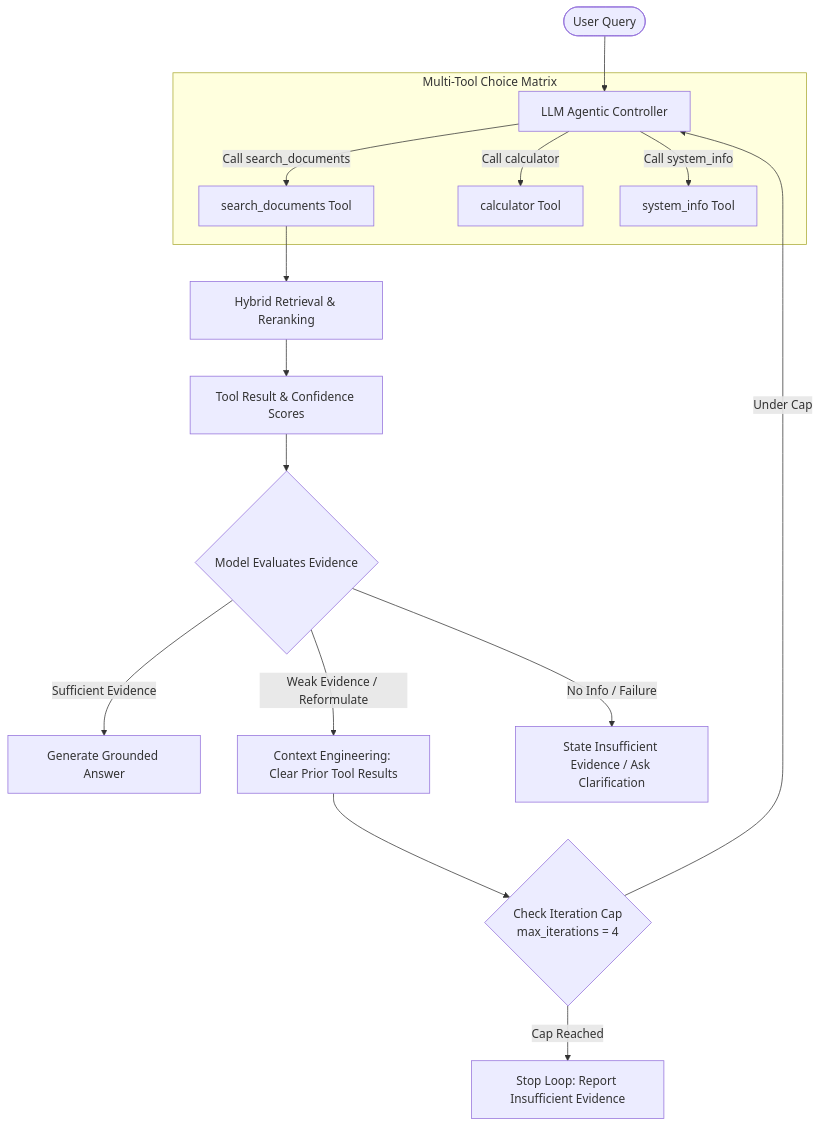
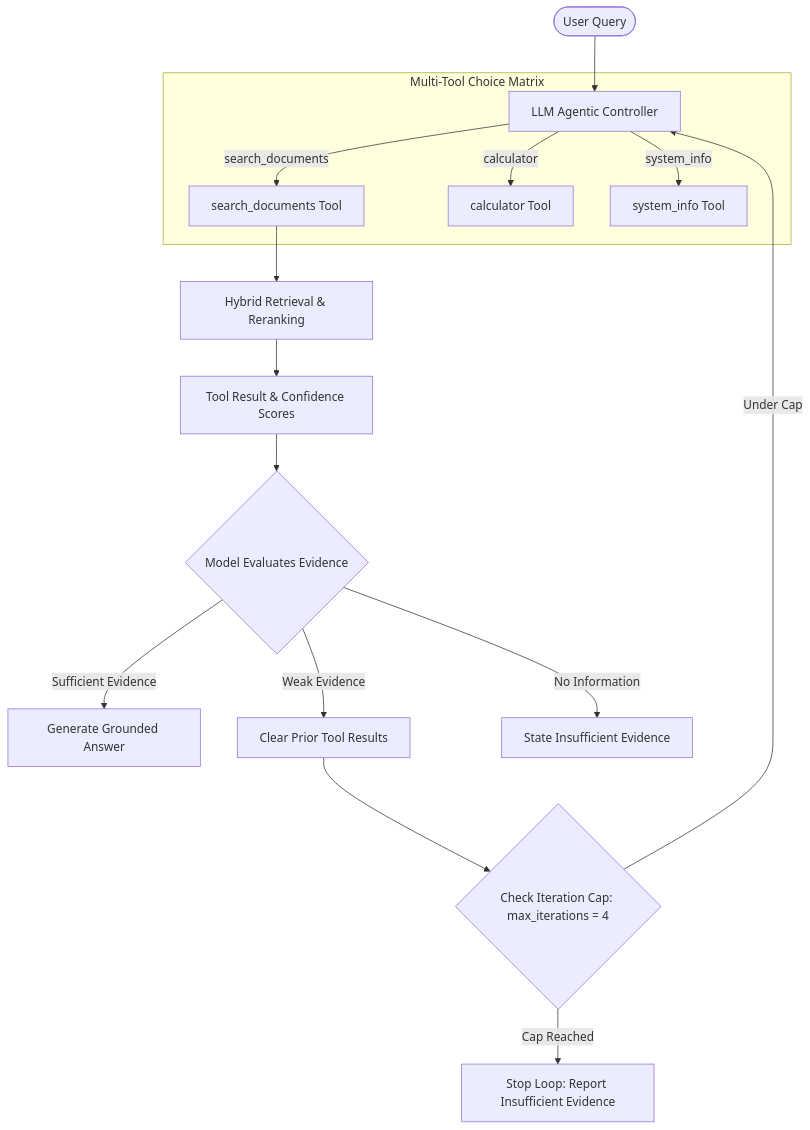
One commit to ArunGuptaGIt/W17-Assignment changed the diagram in Track_B/README.md. Above: the diagram before and after it, drawn with Mermaid. The commit also changed other lines of this file and 2 other files, not shown here.

````diff
--- a/Track_B/README.md
+++ b/Track_B/README.md
@@ -9,23 +7,23 @@
 ```mermaid
 graph TD
     User([User Query]) --> Model[LLM Agentic Controller]
     
     subgraph Multi-Tool Choice Matrix
-        Model -->|Call search_documents| SearchTool[search_documents Tool]
-        Model -->|Call calculator| CalcTool[calculator Tool]
-        Model -->|Call system_info| SysTool[system_info Tool]
+        Model -->|search_documents| SearchTool[search_documents Tool]
+        Model -->|calculator| CalcTool[calculator Tool]
+        Model -->|system_info| SysTool[system_info Tool]
     end
     
     SearchTool --> RetrievalPipeline[Hybrid Retrieval & Reranking]
     RetrievalPipeline --> ToolResult[Tool Result & Confidence Scores]
     
     ToolResult --> EvalStep{Model Evaluates Evidence}
     
     EvalStep -->|Sufficient Evidence| FinalAnswer[Generate Grounded Answer]
-    EvalStep -->|Weak Evidence / Reformulate| ContextClearing[Context Engineering: Clear Prior Tool Results]
-    EvalStep -->|No Info / Failure| ClarifyOrStop[State Insufficient Evidence / Ask Clarification]
+    EvalStep -->|Weak Evidence| ContextClearing[Clear Prior Tool Results]
+    EvalStep -->|No Information| ClarifyOrStop[State Insufficient Evidence]
     
-    ContextClearing --> IterationCheck{Check Iteration Cap\nmax_iterations = 4}
+    ContextClearing --> IterationCheck{Check Iteration Cap: max_iterations = 4}
     IterationCheck -->|Under Cap| Model
     IterationCheck -->|Cap Reached| FallbackStop[Stop Loop: Report Insufficient Evidence]
 ```
````
